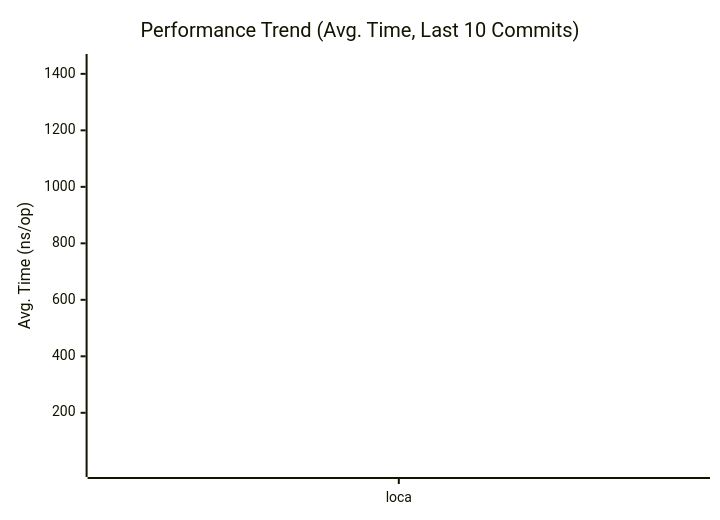
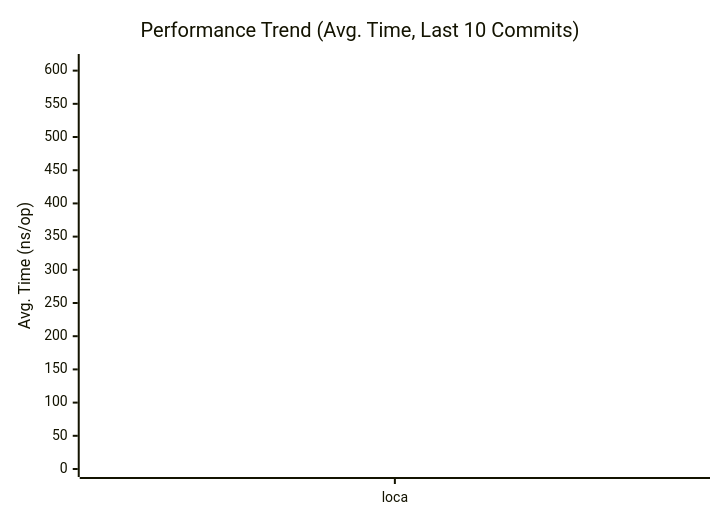
The first of 3 diagrams in docs/PERFORMANCE.md (alsotoes/momo), drawn with Mermaid before and after one commit. The commit also changed other lines of this file and 10 other files, not shown here.

````diff
--- a/docs/PERFORMANCE.md
+++ b/docs/PERFORMANCE.md
@@ -80,16 +80,16 @@
 ```mermaid
 xychart-beta
     title "Performance Trend (Avg. Time, Last 10 Commits)"
     x-axis "Commit"
     y-axis "Avg. Time (ns/op)"
     x-axis [loca]
-    line "CheckMetricsAndSwap" [14,7,6,6,7,9,10,9,8,7]
-    line "CrushOptimized" [618,264,255,245,263,331,366,340,356,308]
-    line "CrushOriginal" [831,362,367,368,359,470,546,445,576,424]
-    line "IndexDirectTracking" [1,0,0,0,0,0,1,0,0,0]
-    line "IndexSearch" [4,3,3,3,3,3,3,3,3,3]
-    line "LoadGlobalConfig" [1442,632,613,599,626,800,1058,808,873,694]
-    line "PadString" [3,2,2,2,2,2,2,2,2,2]
+    line "CheckMetricsAndSwap" [6,6,7,14,7,6,6,7,7,6]
+    line "CrushOptimized" [279,265,295,618,264,255,245,263,280,255]
+    line "CrushOriginal" [388,399,426,831,362,367,368,359,367,362]
+    line "IndexDirectTracking" [0,0,0,1,0,0,0,0,0,0]
+    line "IndexSearch" [2,3,3,4,3,3,3,3,3,3]
+    line "LoadGlobalConfig" [613,619,815,1442,632,613,599,626,637,616]
+    line "PadString" [2,2,2,3,2,2,2,2,2,2]
     line "ParseReplicationOrder_NoPrealloc" [350,349,357,354,345,225,229,165,232,234]
     line "ParseReplicationOrder_Prealloc" [229,231,237,234,229,108,107,80,110,109]
 ```
````
